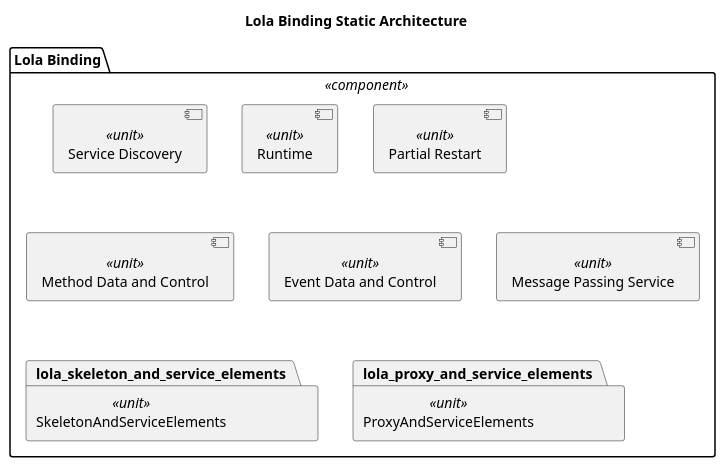
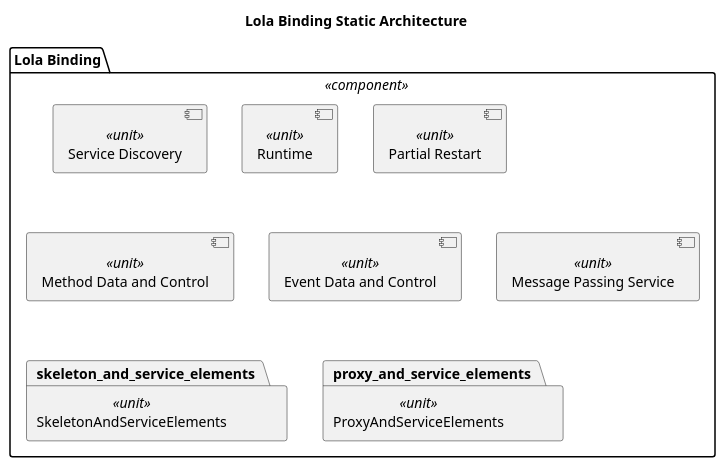
One commit to eclipse-score/communication changed the diagram in score/mw/com/dependability/architectural_design/static_design/lola_binding.puml. Above: the diagram before and after it, drawn with PlantUML. The commit also changed 2 other files, not shown here.

Commit message:
safety_sentinel: Remove component prefixes

```diff
--- a/score/mw/com/dependability/architectural_design/static_design/lola_binding.puml
+++ b/score/mw/com/dependability/architectural_design/static_design/lola_binding.puml
@@ -13,17 +13,17 @@
 @startuml safety_sentinel_lola_binding_design
 title "Lola Binding Static Architecture"
 
 package "Lola Binding" as lola_binding <<component>> {
-  component "Service Discovery" as lola_service_discovery <<unit>> 
-  component "Runtime" as lola_runtime <<unit>> 
-  component "Partial Restart" as lola_partial_restart <<unit>>
-  component "Method Data and Control" as lola_method_data_control <<unit>> 
-  component "Event Data and Control" as lola_event_data_control <<unit>> 
-  component "Message Passing Service" as lola_message_passing_service <<unit>> 
+  component "Service Discovery" as service_discovery <<unit>> 
+  component "Runtime" as runtime <<unit>> 
+  component "Partial Restart" as partial_restart <<unit>>
+  component "Method Data and Control" as method_data_control <<unit>> 
+  component "Event Data and Control" as event_data_control <<unit>> 
+  component "Message Passing Service" as message_passing_service <<unit>> 
 
-  package "SkeletonAndServiceElements" as lola_skeleton_and_service_elements <<unit>> 
+  package "SkeletonAndServiceElements" as skeleton_and_service_elements <<unit>> 
   
-  package "ProxyAndServiceElements" as lola_proxy_and_service_elements <<unit>> 
+  package "ProxyAndServiceElements" as proxy_and_service_elements <<unit>> 
 }
 
 @enduml
```
